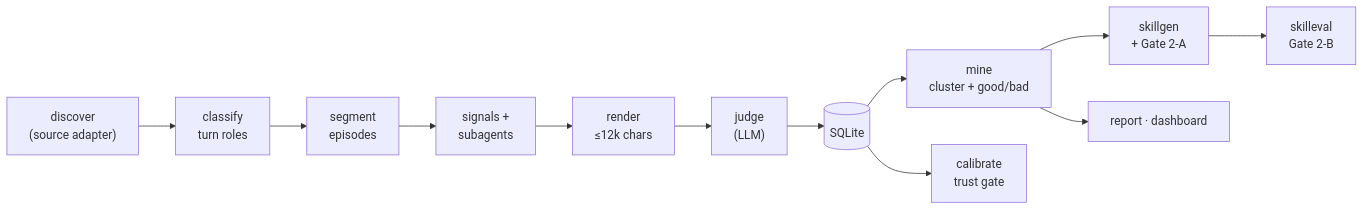
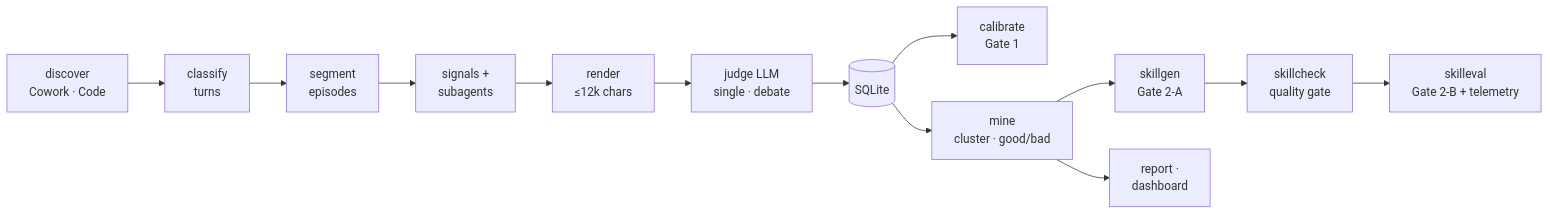
The second of 4 diagrams in README.md (sines05/cowork-skill-gen), drawn with Mermaid before and after one commit. The commit also changed other lines of this file, not shown here.

First line of the commit message:
docs: clean up README diagrams (concise, consistent, accurate)

````diff
--- a/README.md
+++ b/README.md
@@ -48,14 +46,15 @@
 ```mermaid
 flowchart LR
-    A["discover<br/>(source adapter)"] --> B["classify<br/>turn roles"]
+    A["discover<br/>Cowork · Code"] --> B["classify<br/>turns"]
     B --> C["segment<br/>episodes"]
     C --> D["signals +<br/>subagents"]
     D --> E["render<br/>≤12k chars"]
-    E --> F["judge<br/>(LLM)"]
+    E --> F["judge LLM<br/>single · debate"]
     F --> DB[("SQLite")]
-    DB --> H["mine<br/>cluster + good/bad"]
-    DB --> I["calibrate<br/>trust gate"]
-    H --> J["skillgen<br/>+ Gate 2-A"]
-    J --> K["skilleval<br/>Gate 2-B"]
-    H --> L["report · dashboard"]
+    DB --> I["calibrate<br/>Gate 1"]
+    DB --> H["mine<br/>cluster · good/bad"]
+    H --> J["skillgen<br/>Gate 2-A"]
+    J --> K["skillcheck<br/>quality gate"]
+    K --> L["skilleval<br/>Gate 2-B + telemetry"]
+    H --> R["report ·<br/>dashboard"]
 ```
````
